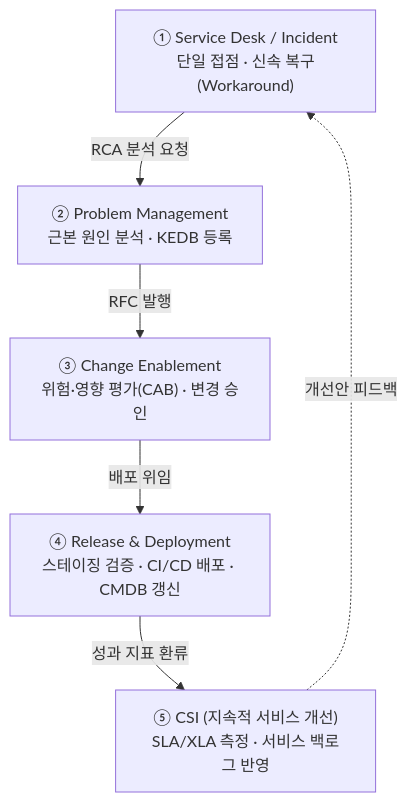
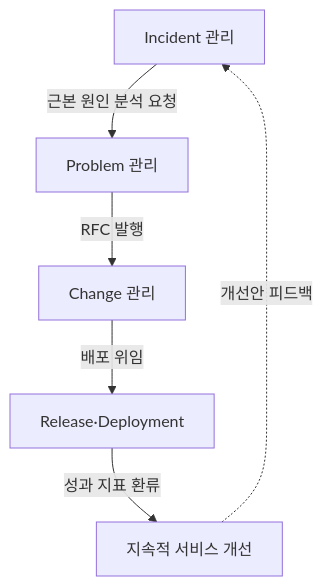
One commit to agnusdei1207/study changed the second of 4 diagrams in src/content/docs/notes/itpe/01-it-strategy/044_itsm.md. Above: the diagram before and after it, drawn with Mermaid. The commit also changed other lines of this file and 19 other files, not shown here.

````diff
--- a/src/content/docs/notes/itpe/01-it-strategy/044_itsm.md
+++ b/src/content/docs/notes/itpe/01-it-strategy/044_itsm.md
@@ -76,8 +78,8 @@
 ```mermaid
 flowchart TD
-    SD["① Service Desk / Incident<br/>단일 접점 · 신속 복구(Workaround)"] -->|RCA 분석 요청| PM["② Problem Management<br/>근본 원인 분석 · KEDB 등록"]
-    PM -->|RFC 발행| CE["③ Change Enablement<br/>위험·영향 평가(CAB) · 변경 승인"]
-    CE -->|배포 위임| RD["④ Release & Deployment<br/>스테이징 검증 · CI/CD 배포 · CMDB 갱신"]
-    RD -->|성과 지표 환류| CSI["⑤ CSI (지속적 서비스 개선)<br/>SLA/XLA 측정 · 서비스 백로그 반영"]
-    CSI -.->|개선안 피드백| SD
+    SD["Incident 관리"] -->|"근본 원인 분석 요청"| PM["Problem 관리"]
+    PM -->|"RFC 발행"| CE["Change 관리"]
+    CE -->|"배포 위임"| RD["Release·Deployment"]
+    RD -->|"성과 지표 환류"| CSI["지속적 서비스 개선"]
+    CSI -.->|"개선안 피드백"| SD
 ```
````
